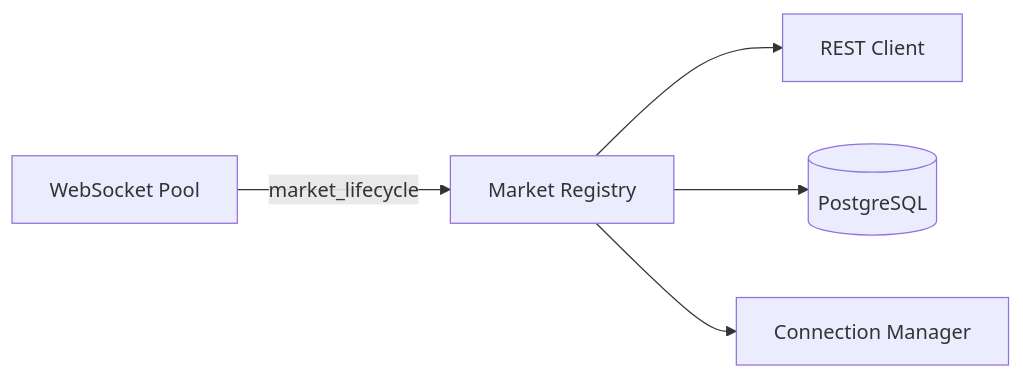
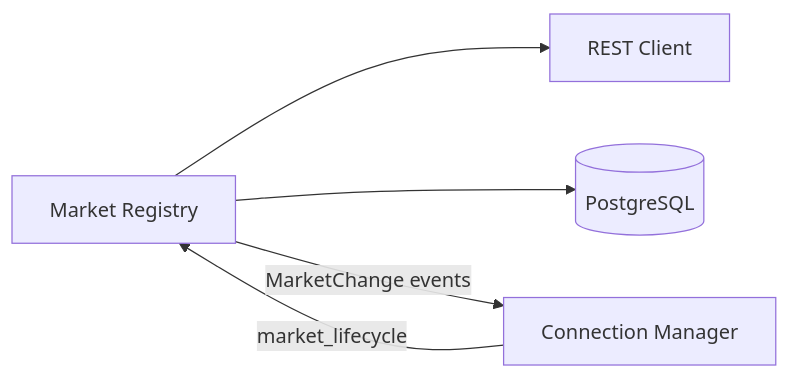
Before and after one commit to Projectsrxg/kalshi_v2: the second of 2 diagrams in docs/kalshi-data/market-registry/README.md, drawn with Mermaid. The commit also changed other lines of this file and 34 other files, not shown here.

````diff
--- a/docs/kalshi-data/market-registry/README.md
+++ b/docs/kalshi-data/market-registry/README.md
@@ -44,7 +57,7 @@
 ```mermaid
 flowchart LR
     MR[Market Registry] --> REST[REST Client]
     MR --> DB[(PostgreSQL)]
-    MR --> CM[Connection Manager]
-    WS[WebSocket Pool] -->|market_lifecycle| MR
+    MR -->|MarketChange events| CM[Connection Manager]
+    CM -->|market_lifecycle| MR
 ```
````
